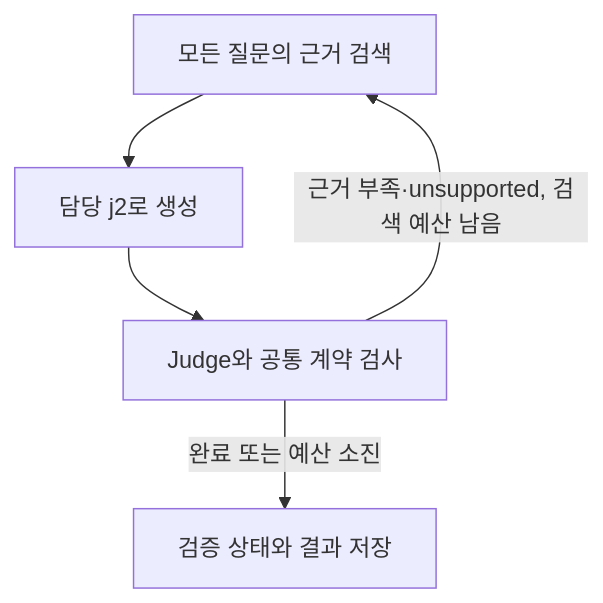
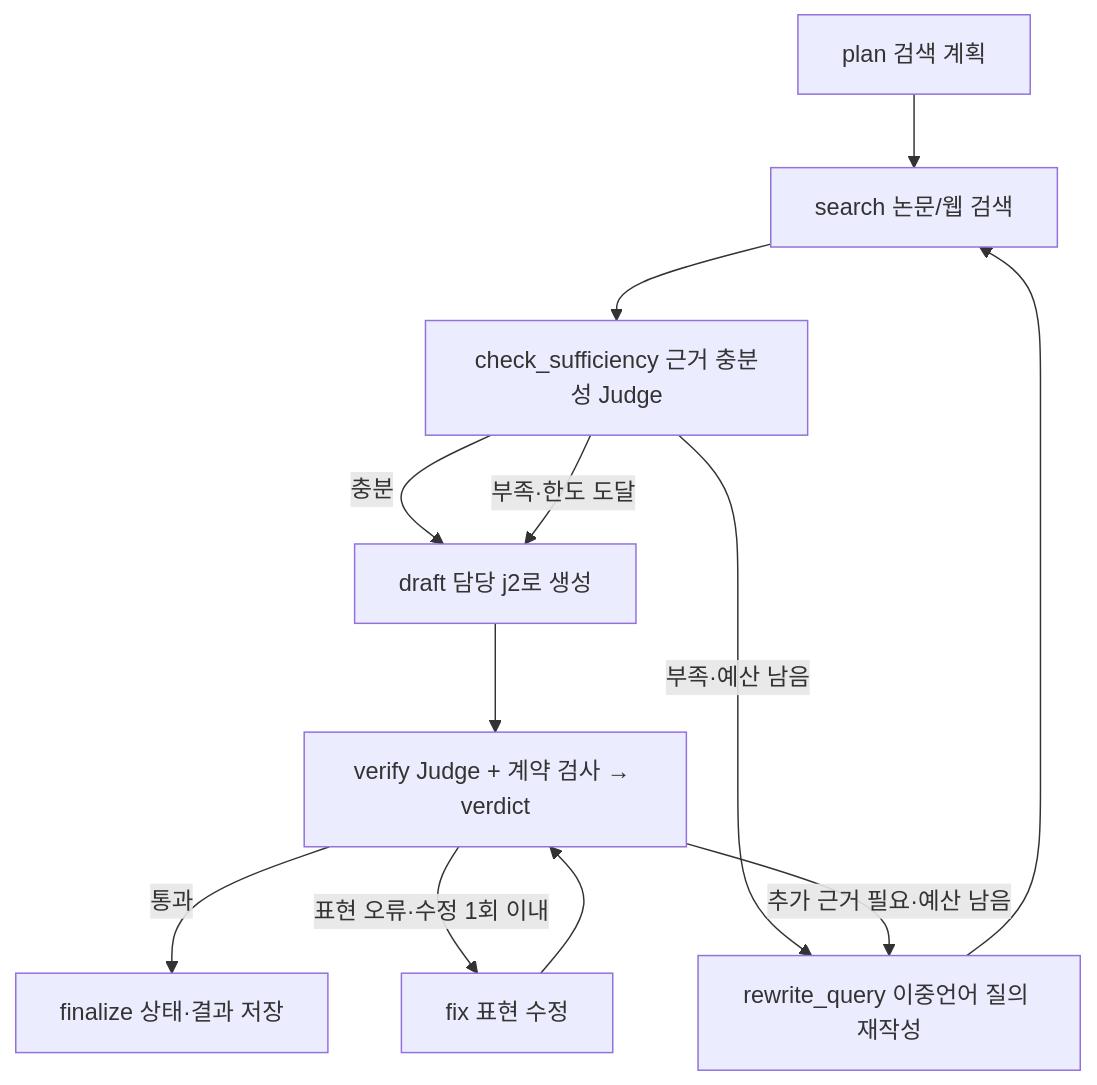
One commit to dh610/kv-cache-agentic-rag changed the diagram in docs/architecture.md. Above: the diagram before and after it, drawn with Mermaid. The commit also changed other lines of this file and 19 other files, not shown here.

````diff
--- a/docs/architecture.md
+++ b/docs/architecture.md
@@ -22,7 +24,13 @@
 ```mermaid
 flowchart TD
-    A[모든 질문의 근거 검색] --> B[담당 j2로 생성]
-    B --> C[Judge와 공통 계약 검사]
-    C -->|근거 부족·unsupported, 검색 예산 남음| A
-    C -->|완료 또는 예산 소진| D[검증 상태와 결과 저장]
+    P[plan 검색 계획] --> S[search 논문/웹 검색]
+    S --> C[check_sufficiency 근거 충분성 Judge]
+    C -->|충분| D[draft 담당 j2로 생성]
+    C -->|부족·예산 남음| R[rewrite_query 이중언어 질의 재작성]
+    R --> S
+    C -->|부족·한도 도달| D
+    D --> V[verify Judge + 계약 검사 → verdict]
+    V -->|통과| F[finalize 상태·결과 저장]
+    V -->|표현 오류·수정 1회 이내| X[fix 표현 수정] --> V
+    V -->|추가 근거 필요·예산 남음| R
 ```
````
